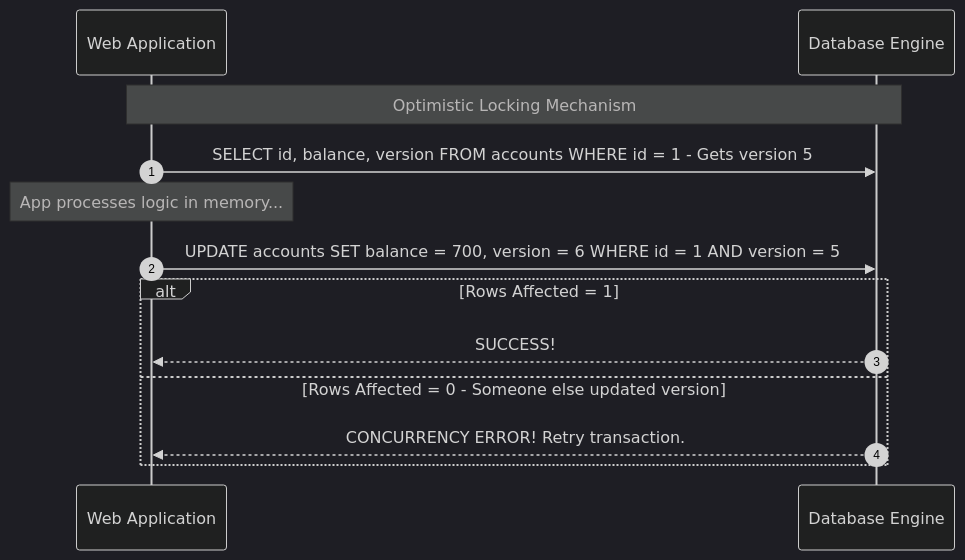
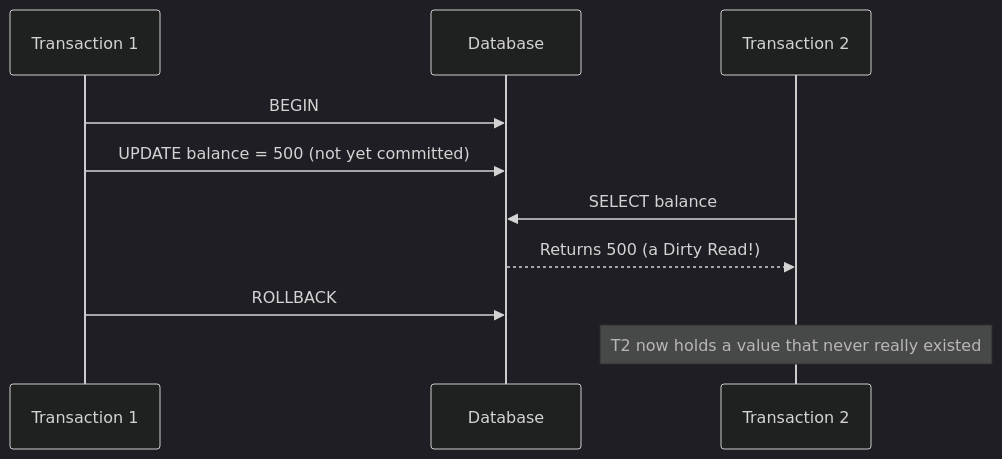
Diagram 20 of 48 in interviews/SQL-NoSQL-Complete.md (muhammad-khaled-tech/My-Study-Notes), drawn with Mermaid (dark theme) before and after one commit. The commit also changed other lines of this file and 3 other files, not shown here.

````diff
--- a/interviews/SQL-NoSQL-Complete.md
+++ b/interviews/SQL-NoSQL-Complete.md
@@ -1712,16 +1204,12 @@
 ```mermaid
 sequenceDiagram
-    autonumber
-    participant App as Web Application
-    participant DB as Database Engine
-
-    Note over App,DB: Optimistic Locking Mechanism
-    App->>DB: SELECT id, balance, version FROM accounts WHERE id = 1 - Gets version 5
-    Note over App: App processes logic in memory...
-    App->>DB: UPDATE accounts SET balance = 700, version = 6 WHERE id = 1 AND version = 5;
-    alt Rows Affected = 1
-        DB-->>App: SUCCESS!
-    else Rows Affected = 0 - Someone else updated version
-        DB-->>App: CONCURRENCY ERROR! Retry transaction.
-    end
+    participant T1 as Transaction 1
+    participant DB as Database
+    participant T2 as Transaction 2
+    T1->>DB: BEGIN
+    T1->>DB: UPDATE balance = 500 (not yet committed)
+    T2->>DB: SELECT balance
+    DB-->>T2: Returns 500 (a Dirty Read!)
+    T1->>DB: ROLLBACK
+    Note over T2: T2 now holds a value that never really existed
 ```
````
